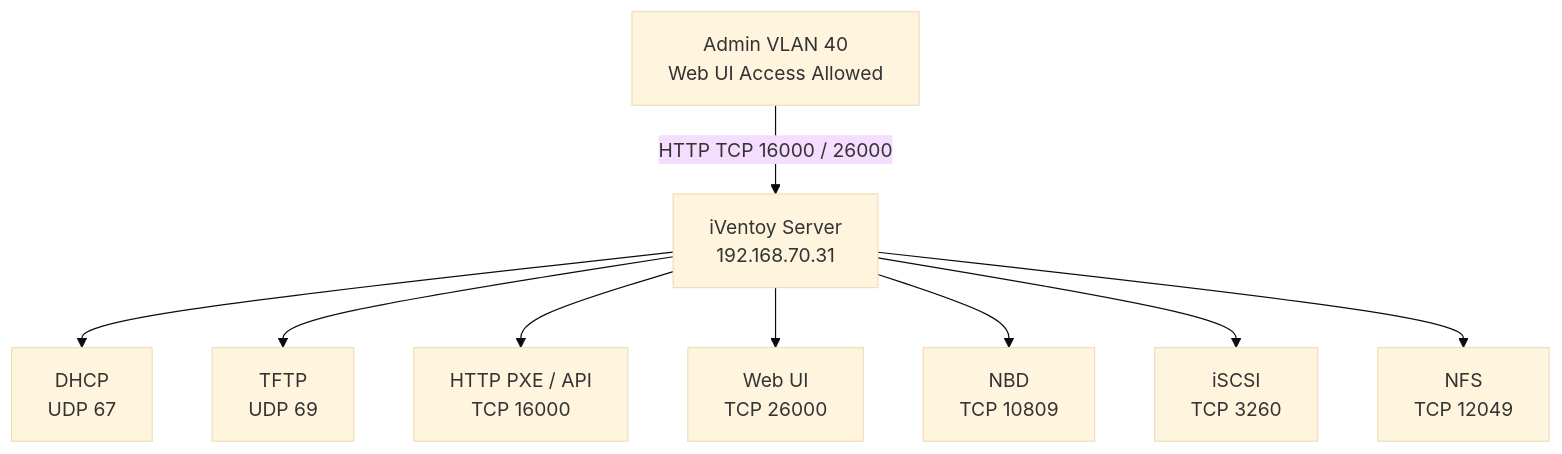
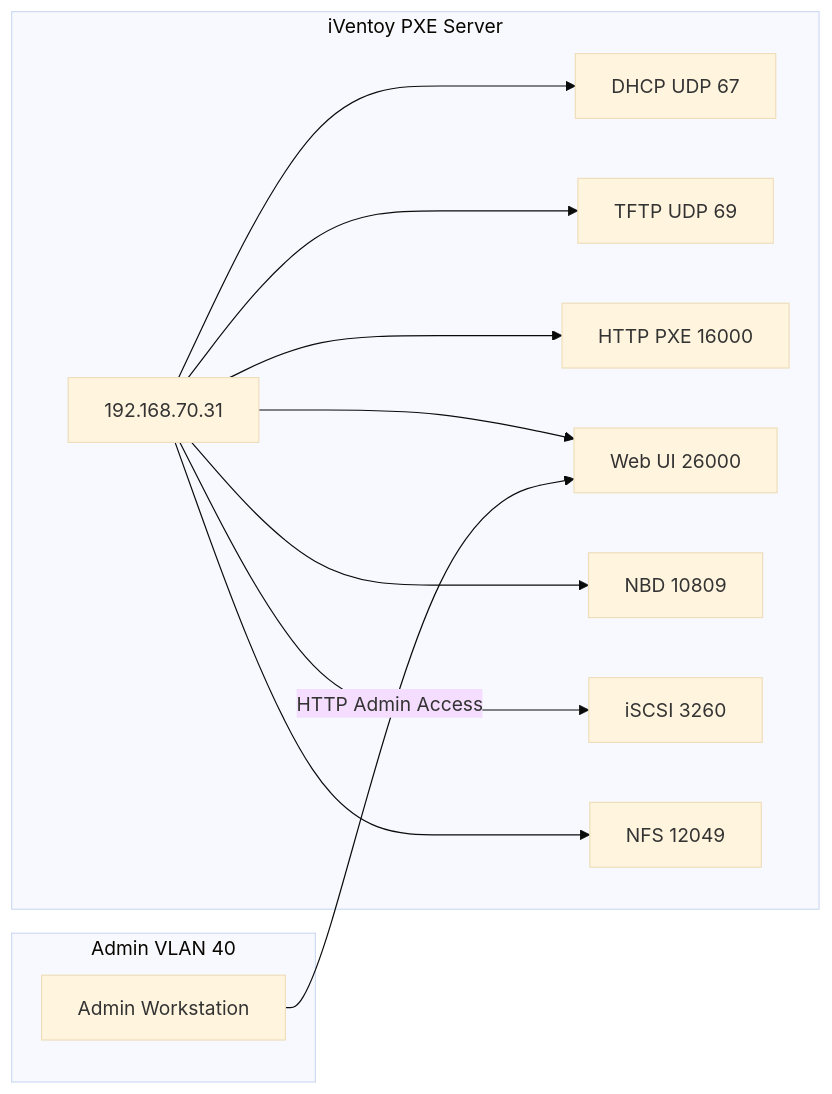
The diagram in README.md (TylerVault/pxe-iventoy-infrastructure), drawn with Mermaid (base theme) before and after one commit. The commit also changed other lines of this file, not shown here.

````diff
--- a/README.md
+++ b/README.md
@@ -18,13 +18,21 @@
 ```mermaid
-flowchart TD
+flowchart LR
 
-    A[Admin VLAN 40<br/>Web UI Access Allowed] -->|HTTP TCP 16000 / 26000| B[iVentoy Server<br/>192.168.70.31]
+    subgraph VLAN40[Admin VLAN 40]
+        A[Admin Workstation]
+    end
 
-    B --> C[DHCP<br/>UDP 67]
-    B --> D[TFTP<br/>UDP 69]
-    B --> E[HTTP PXE / API<br/>TCP 16000]
-    B --> F[Web UI<br/>TCP 26000]
-    B --> G[NBD<br/>TCP 10809]
-    B --> H[iSCSI<br/>TCP 3260]
-    B --> I[NFS<br/>TCP 12049]
+    subgraph PXE[iVentoy PXE Server]
+        B[192.168.70.31]
+
+        B --> DHCP[DHCP UDP 67]
+        B --> TFTP[TFTP UDP 69]
+        B --> HTTP[HTTP PXE 16000]
+        B --> UI[Web UI 26000]
+        B --> NBD[NBD 10809]
+        B --> ISCSI[iSCSI 3260]
+        B --> NFS[NFS 12049]
+    end
+
+    A -->|HTTP Admin Access| UI
 ```
````
